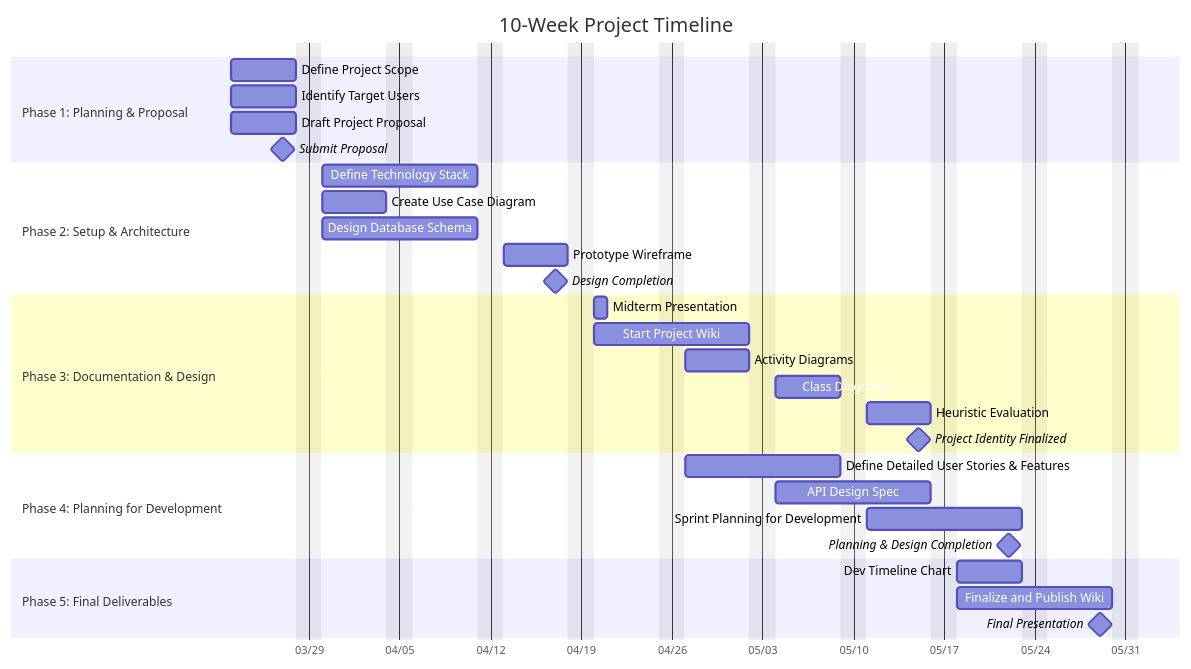
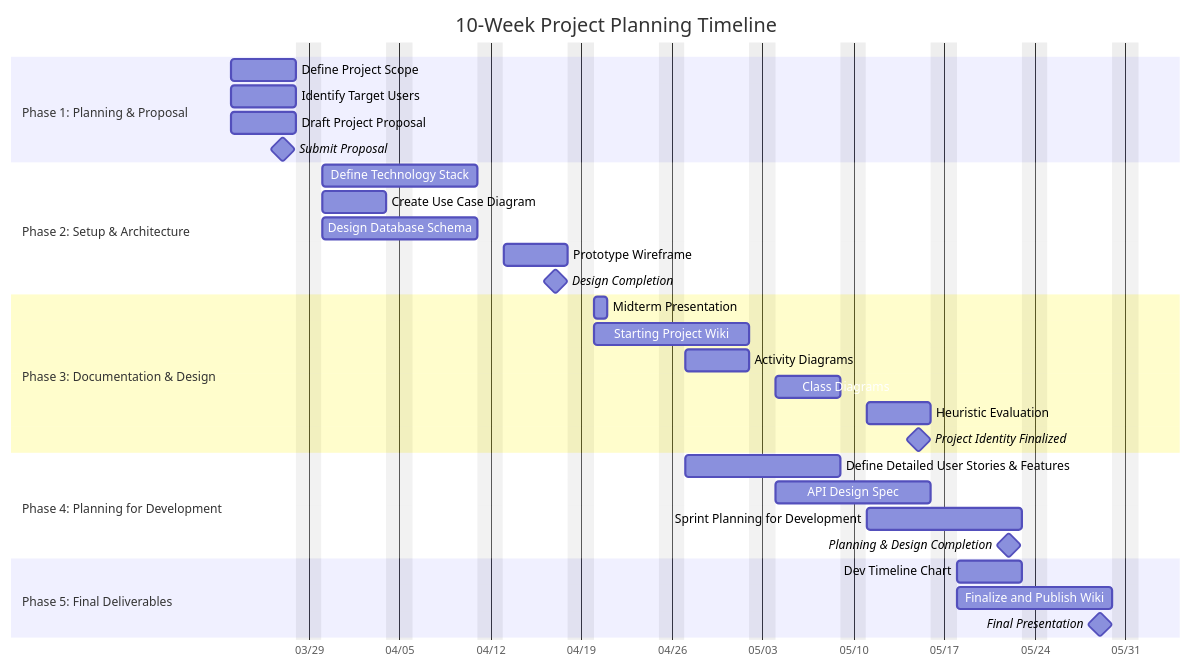
Before and after one commit to DriscollDev/Widgetry: the diagram in docs/assets/mermaid/schedule.mmd, drawn with Mermaid. The commit also changed 20 other files, not shown here.

```diff
--- a/docs/assets/mermaid/schedule.mmd
+++ b/docs/assets/mermaid/schedule.mmd
@@ -1,43 +1,43 @@
 ---
 config:
   gantt:
     leftPadding: 200
 ---
 gantt
-    title 10-Week Project Timeline
+    title 10-Week Project Planning Timeline
     dateFormat YYYY-MM-DD
     axisFormat %m/%d
     excludes weekends
     todayMarker off
 
     section Phase 1: Planning & Proposal
     Define Project Scope                     :a1, 2026-03-23, 5d
     Identify Target Users                    :a2, 2026-03-23, 5d
     Draft Project Proposal                   :a3, 2026-03-23, 5d
     Submit Proposal                          :milestone, m1, 2026-03-27, 0d
 
     section Phase 2: Setup & Architecture
     Define Technology Stack                  :b1, 2026-03-30, 10d
     Create Use Case Diagram                  :b2, 2026-03-30, 5d
     Design Database Schema                   :b3, 2026-03-30, 10d
     Prototype Wireframe                      :b4, 2026-04-13, 5d
     Design Completion                        :milestone, m2, 2026-04-17, 0d
 
     section Phase 3: Documentation & Design
     Midterm Presentation                     :c1, 2026-04-20, 1d
-    Start Project Wiki                       :c2, 2026-04-20, 10d
+    Starting Project Wiki                       :c2, 2026-04-20, 10d
     Activity Diagrams                        :c3, 2026-04-27, 5d
     Class Diagrams                           :c4, 2026-05-04, 5d
     Heuristic Evaluation                     :c5, 2026-05-11, 5d
     Project Identity Finalized               :milestone, m3, 2026-05-15, 0d
 
     section Phase 4: Planning for Development
     Define Detailed User Stories & Features  :d1, 2026-04-27, 10d
     API Design Spec                          :d2, 2026-05-04, 10d
     Sprint Planning for Development          :d3, 2026-05-11, 10d
     Planning & Design Completion             :milestone, m4, 2026-05-22, 0d
 
     section Phase 5: Final Deliverables
     Dev Timeline Chart                       :e1, 2026-05-18, 5d
     Finalize and Publish Wiki                :e2, 2026-05-18, 10d
     Final Presentation                       :milestone, m5, 2026-05-29, 0d
```
